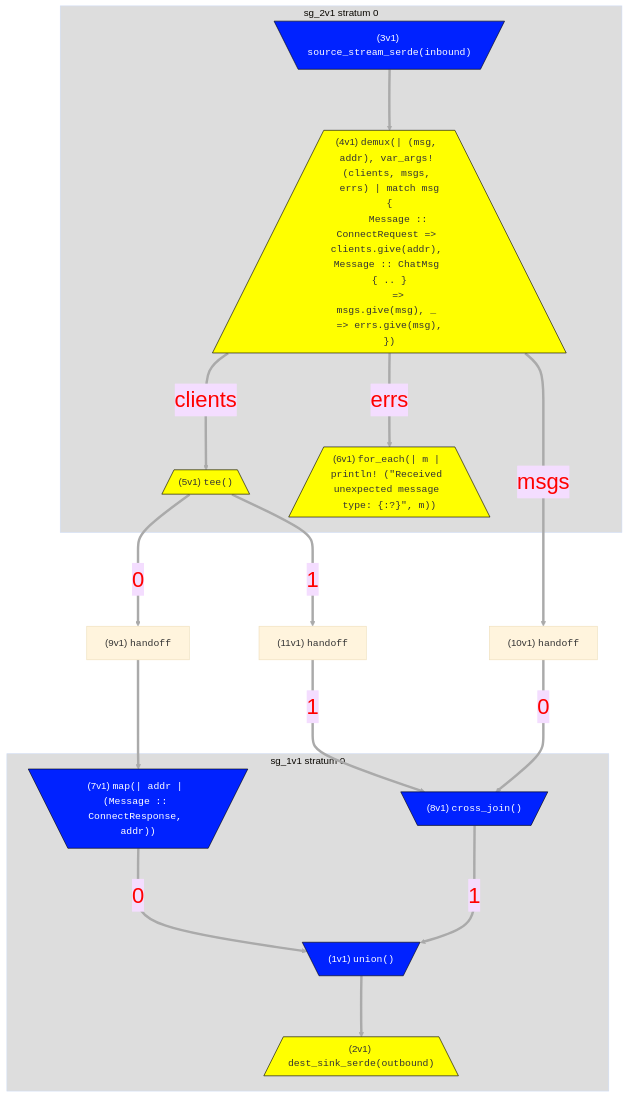
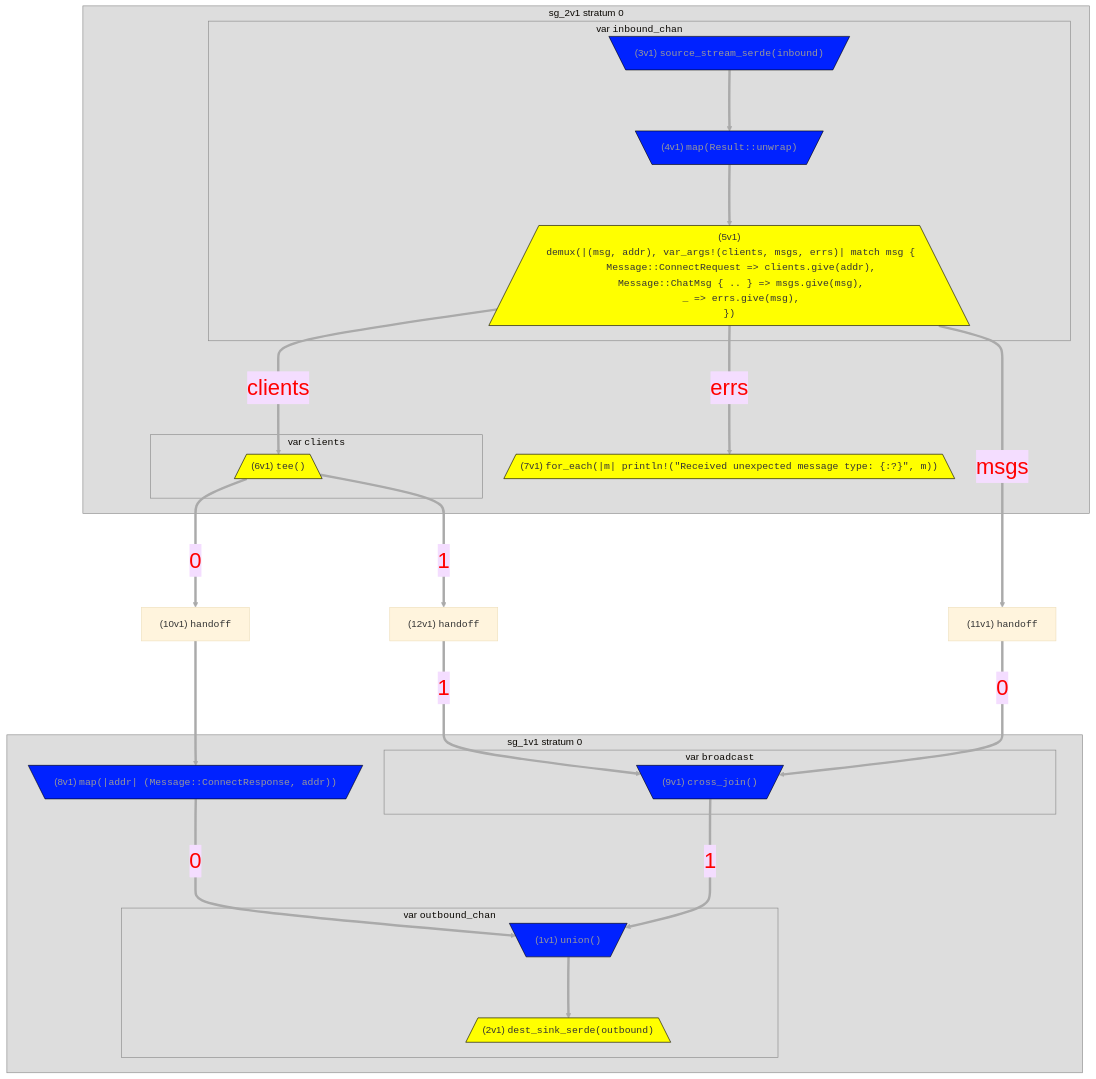
The first of 2 diagrams in docs/docs/hydroflow/quickstart/example_8_chat_server.md (nickjiang2378/hydroflow), drawn with Mermaid before and after one commit. The commit also changed other lines of this file and 8 other files, not shown here.

````diff
--- a/docs/docs/hydroflow/quickstart/example_8_chat_server.md
+++ b/docs/docs/hydroflow/quickstart/example_8_chat_server.md
@@ -198,34 +208,51 @@
 ```mermaid
-%%{init: {'theme': 'base', 'themeVariables': {'clusterBkg':'#ddd'}}}%%
+%%{init:{'theme':'base','themeVariables':{'clusterBkg':'#ddd','clusterBorder':'#888'}}}%%
 flowchart TD
-classDef pullClass fill:#02f,color:#fff,stroke:#000
-classDef pushClass fill:#ff0,stroke:#000
+classDef pullClass fill:#02f,color:#999,stroke:#000,text-align:left,white-space:pre
+classDef pushClass fill:#ff0,stroke:#000,text-align:left,white-space:pre
 linkStyle default stroke:#aaa,stroke-width:4px,color:red,font-size:1.5em;
-subgraph "sg_1v1 stratum 0"
-    7v1[\"(7v1) <tt>map(| addr | (Message :: ConnectResponse, addr))</tt>"/]:::pullClass
-    8v1[\"(8v1) <tt>cross_join()</tt>"/]:::pullClass
-    1v1[\"(1v1) <tt>union()</tt>"/]:::pullClass
-    2v1[/"(2v1) <tt>dest_sink_serde(outbound)</tt>"\]:::pushClass
-    7v1--0--->1v1
-    8v1--1--->1v1
+subgraph sg_1v1 ["sg_1v1 stratum 0"]
+    8v1[\"(8v1) <code>map(|addr| (Message::ConnectResponse, addr))</code>"/]:::pullClass
+    9v1[\"(9v1) <code>cross_join()</code>"/]:::pullClass
+    1v1[\"(1v1) <code>union()</code>"/]:::pullClass
+    2v1[/"(2v1) <code>dest_sink_serde(outbound)</code>"\]:::pushClass
+    8v1--0--->1v1
+    9v1--1--->1v1
     1v1--->2v1
+    subgraph sg_1v1_var_broadcast ["var <tt>broadcast</tt>"]
+        9v1
+    end
+    subgraph sg_1v1_var_outbound_chan ["var <tt>outbound_chan</tt>"]
+        1v1
+        2v1
+    end
 end
-subgraph "sg_2v1 stratum 0"
-    3v1[\"(3v1) <tt>source_stream_serde(inbound)</tt>"/]:::pullClass
-    4v1[/"(4v1) <tt>demux(| (msg, addr), var_args! (clients, msgs, errs) | match msg<br>{<br>    Message :: ConnectRequest =&gt; clients.give(addr), Message :: ChatMsg { .. }<br>    =&gt; msgs.give(msg), _ =&gt; errs.give(msg),<br>})</tt>"\]:::pushClass
-    5v1[/"(5v1) <tt>tee()</tt>"\]:::pushClass
-    6v1[/"(6v1) <tt>for_each(| m | println! (&quot;Received unexpected message type: {:?}&quot;, m))</tt>"\]:::pushClass
+subgraph sg_2v1 ["sg_2v1 stratum 0"]
+    3v1[\"(3v1) <code>source_stream_serde(inbound)</code>"/]:::pullClass
+    4v1[\"(4v1) <code>map(Result::unwrap)</code>"/]:::pullClass
+    5v1[/"<div style=text-align:center>(5v1)</div> <code>demux(|(msg, addr), var_args!(clients, msgs, errs)| match msg {<br>    Message::ConnectRequest =&gt; clients.give(addr),<br>    Message::ChatMsg { .. } =&gt; msgs.give(msg),<br>    _ =&gt; errs.give(msg),<br>})</code>"\]:::pushClass
+    6v1[/"(6v1) <code>tee()</code>"\]:::pushClass
+    7v1[/"(7v1) <code>for_each(|m| println!(&quot;Received unexpected message type: {:?}&quot;, m))</code>"\]:::pushClass
     3v1--->4v1
-    4v1--clients--->5v1
-    4v1--errs--->6v1
+    4v1--->5v1
+    5v1--clients--->6v1
+    5v1--errs--->7v1
+    subgraph sg_2v1_var_clients ["var <tt>clients</tt>"]
+        6v1
+    end
+    subgraph sg_2v1_var_inbound_chan ["var <tt>inbound_chan</tt>"]
+        3v1
+        4v1
+        5v1
+    end
 end
-4v1--msgs--->10v1
-5v1--0--->9v1
-5v1--1--->11v1
-9v1["(9v1) <tt>handoff</tt>"]:::otherClass
-9v1--->7v1
-10v1["(10v1) <tt>handoff</tt>"]:::otherClass
-10v1--0--->8v1
-11v1["(11v1) <tt>handoff</tt>"]:::otherClass
-11v1--1--->8v1
+5v1--msgs--->11v1
+6v1--0--->10v1
+6v1--1--->12v1
+10v1["(10v1) <code>handoff</code>"]:::otherClass
+10v1--->8v1
+11v1["(11v1) <code>handoff</code>"]:::otherClass
+11v1--0--->9v1
+12v1["(12v1) <code>handoff</code>"]:::otherClass
+12v1--1--->9v1
 ```
````
